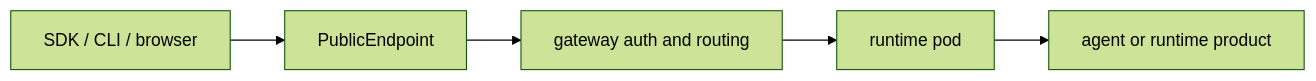
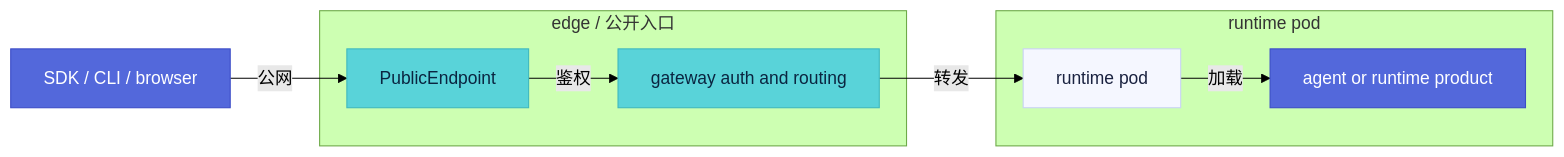
One commit to kingsoftcloud/ksadk-python changed the diagram in docs-site/content/docs/references/remote-runtime-api.mdx. Above: the diagram before and after it, drawn with Mermaid (forest theme). The commit also changed other lines of this file and 33 other files, not shown here.

````diff
--- a/docs-site/content/docs/references/remote-runtime-api.mdx
+++ b/docs-site/content/docs/references/remote-runtime-api.mdx
@@ -16,7 +16,23 @@
 ```mermaid
 flowchart LR
-  Client["SDK / CLI / browser"] --> Public["PublicEndpoint"]
-  Public --> Gateway["gateway auth and routing"]
-  Gateway --> Runtime["runtime pod"]
-  Runtime --> Agent["agent or runtime product"]
+  Client["SDK / CLI / browser"] -->|公网| Public["PublicEndpoint"]
+  Public -->|鉴权| Gateway["gateway auth and routing"]
+  Gateway -->|转发| Runtime["runtime pod"]
+  Runtime -->|加载| Agent["agent or runtime product"]
+
+  subgraph edge["edge / 公开入口"]
+    Public
+    Gateway
+  end
+  subgraph pod["runtime pod"]
+    Runtime
+    Agent
+  end
+
+  classDef brand fill:#5368db,stroke:#3b4cc7,color:#fff
+  classDef accent fill:#59d3d9,stroke:#3fb8be,color:#0a2540
+  classDef neutral fill:#f5f7ff,stroke:#c9d2f5,color:#1a2240
+  class Client,Agent brand
+  class Public,Gateway accent
+  class Runtime neutral
 ```
````
